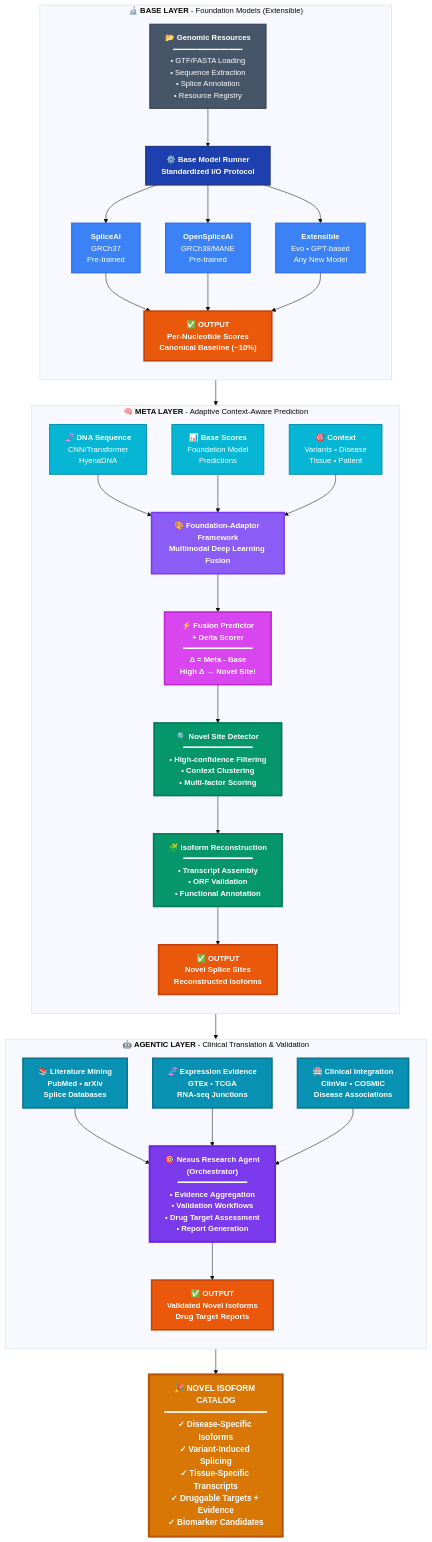
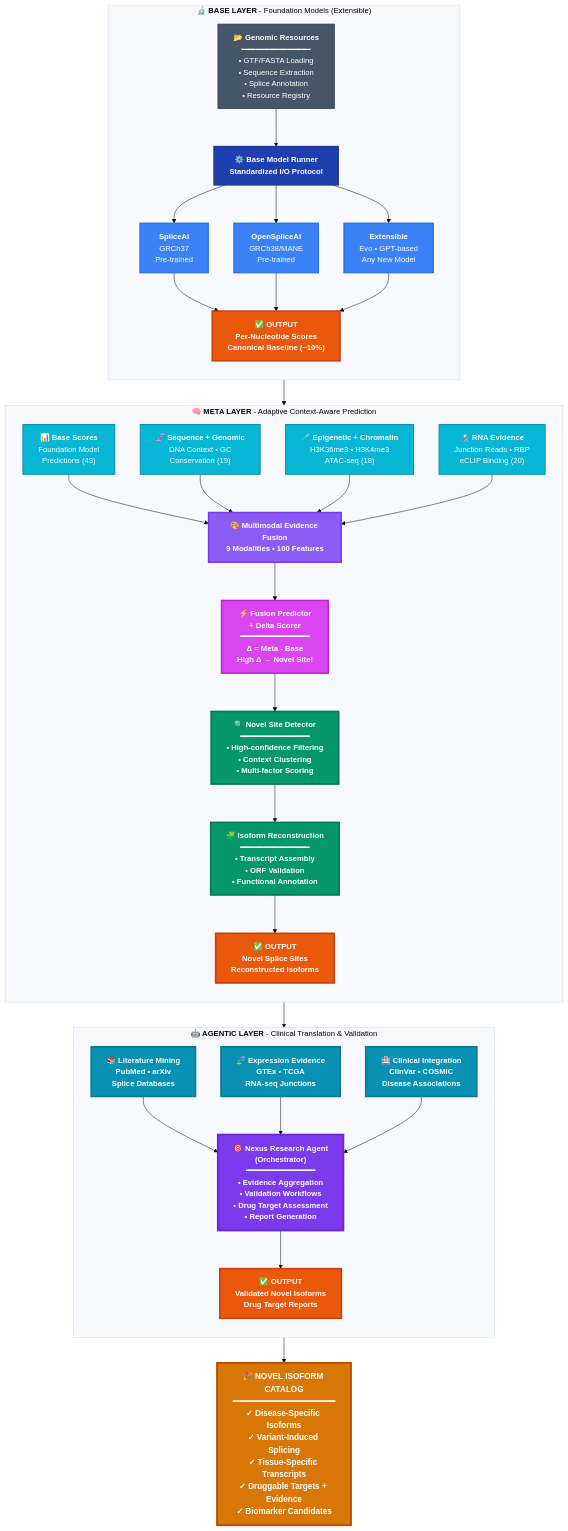
The fourth of 4 diagrams in README.md (pleiadian53/agentic-spliceai), drawn with Mermaid before and after one commit. The commit also changed other lines of this file, not shown here.

First line of the commit message:
Update README for 9-modality pipeline and M1-M4 framework

```diff
--- a/README.md
+++ b/README.md
@@ -342,15 +342,17 @@
     subgraph META["<b>🧠 META LAYER</b> - Adaptive Context-Aware Prediction"]
         direction TB
         
-        MULTIMODAL["<b>🎨 Foundation-Adaptor Framework</b><br/>Multimodal Deep Learning Fusion"]:::metalayer
-        
-        DNA["<b>🧬 DNA Sequence</b><br/>CNN/Transformer<br/>HyenaDNA"]:::input
-        BASE["<b>📊 Base Scores</b><br/>Foundation Model<br/>Predictions"]:::input
-        CTX["<b>🎯 Context</b><br/>Variants • Disease<br/>Tissue • Patient"]:::input
-        
-        DNA --> MULTIMODAL
+        MULTIMODAL["<b>🎨 Multimodal Evidence Fusion</b><br/>9 Modalities • 100 Features"]:::metalayer
+
+        BASE["<b>📊 Base Scores</b><br/>Foundation Model<br/>Predictions (43)"]:::input
+        SEQ["<b>🧬 Sequence + Genomic</b><br/>DNA Context • GC<br/>Conservation (19)"]:::input
+        EPI["<b>🧪 Epigenetic + Chromatin</b><br/>H3K36me3 • H3K4me3<br/>ATAC-seq (18)"]:::input
+        RNA["<b>🔬 RNA Evidence</b><br/>Junction Reads • RBP<br/>eCLIP Binding (20)"]:::input
+
         BASE --> MULTIMODAL
-        CTX --> MULTIMODAL
+        SEQ --> MULTIMODAL
+        EPI --> MULTIMODAL
+        RNA --> MULTIMODAL
         
         FUSION["<b>⚡ Fusion Predictor</b><br/>+ Delta Scorer<br/>━━━━━━━━━━━━━━━<br/>Δ = Meta - Base<br/>High Δ → Novel Site!"]:::fusion
         
```
